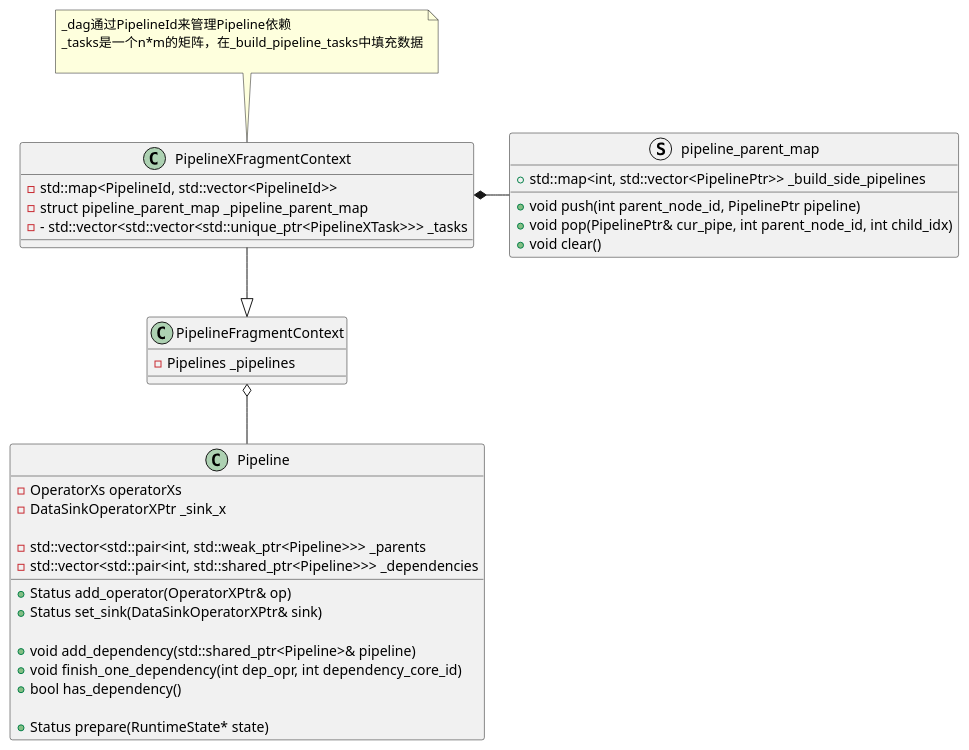
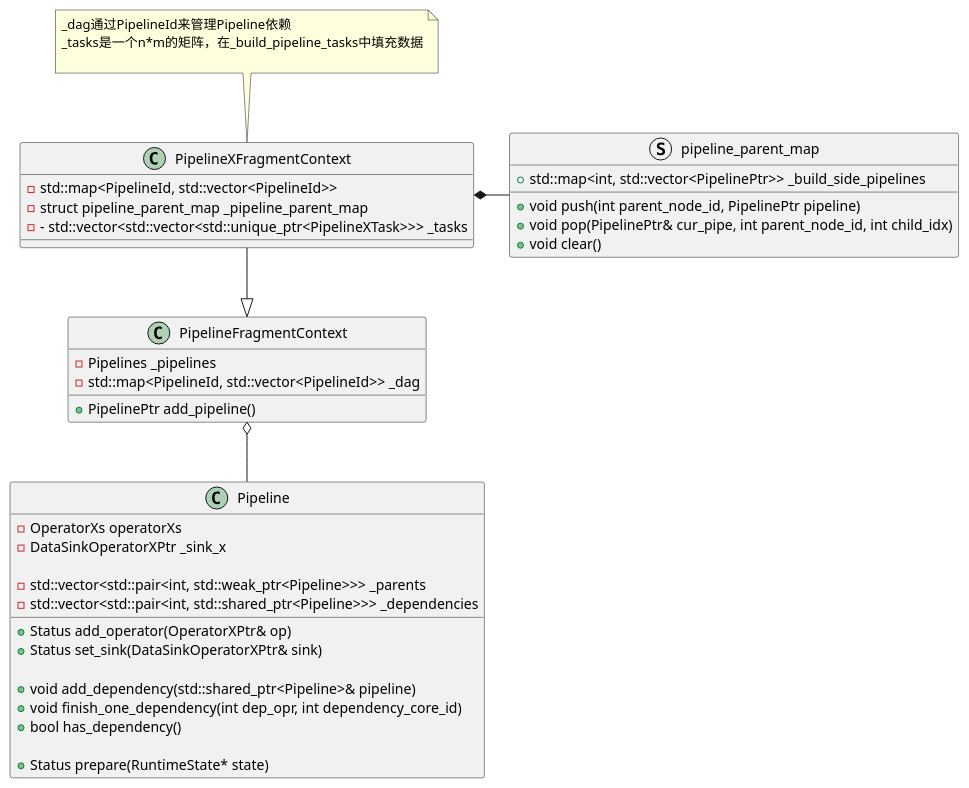
Before and after one commit to DepInjoy/geektime: the second of 5 diagrams in doc/DB/Doris/SourceRead/11_03_Exec_PipelineX.md, drawn with PlantUML. The commit also changed other lines of this file and 4 other files, not shown here.

````diff
--- a/doc/DB/Doris/SourceRead/11_03_Exec_PipelineX.md
+++ b/doc/DB/Doris/SourceRead/11_03_Exec_PipelineX.md
@@ -89,42 +88,45 @@
 ```plantuml
 @startuml
 class PipelineXFragmentContext {
     - std::map<PipelineId, std::vector<PipelineId>> 
     - struct pipeline_parent_map _pipeline_parent_map
     - - std::vector<std::vector<std::unique_ptr<PipelineXTask>>> _tasks
 }
 note top :  _dag通过PipelineId来管理Pipeline依赖\n_tasks是一个n*m的矩阵，在_build_pipeline_tasks中填充数据\n
 
 class PipelineFragmentContext {
     - Pipelines _pipelines
+    - std::map<PipelineId, std::vector<PipelineId>> _dag
+
+    + PipelinePtr add_pipeline()
 }
 
 struct pipeline_parent_map {
     + std::map<int, std::vector<PipelinePtr>> _build_side_pipelines
     + void push(int parent_node_id, PipelinePtr pipeline)
     + void pop(PipelinePtr& cur_pipe, int parent_node_id, int child_idx)
     + void clear()
 }
 
 class Pipeline {
     + Status add_operator(OperatorXPtr& op)
     + Status set_sink(DataSinkOperatorXPtr& sink)
 
     + void add_dependency(std::shared_ptr<Pipeline>& pipeline)
     + void finish_one_dependency(int dep_opr, int dependency_core_id)
     + bool has_dependency()
 
     + Status prepare(RuntimeState* state)
 
     - OperatorXs operatorXs
     - DataSinkOperatorXPtr _sink_x
 
     - std::vector<std::pair<int, std::weak_ptr<Pipeline>>> _parents
     - std::vector<std::pair<int, std::shared_ptr<Pipeline>>> _dependencies
 }
 
 PipelineXFragmentContext -down-|> PipelineFragmentContext
 pipeline_parent_map -left-* PipelineXFragmentContext
 Pipeline -up-o PipelineFragmentContext
 @enduml
 ```
````
